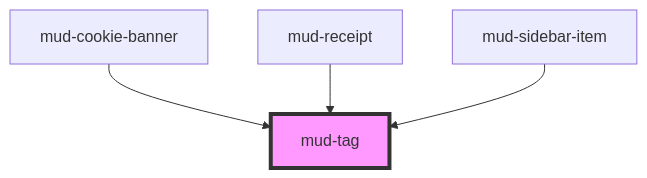
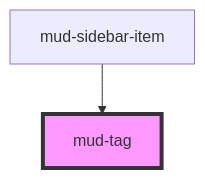
The diagram in src/components/mud-tag/readme.md (egov-moldova/design-system), drawn with Mermaid before and after one commit. The commit also changed other lines of this file and 32 other files, not shown here.

First line of the commit message:
feat!: remove mud-cookie-banner and mud-receipt

````diff
--- a/src/components/mud-tag/readme.md
+++ b/src/components/mud-tag/readme.md
@@ -67,7 +65,5 @@
 ```mermaid
 graph TD;
-  mud-cookie-banner --> mud-tag
-  mud-receipt --> mud-tag
   mud-sidebar-item --> mud-tag
   style mud-tag fill:#f9f,stroke:#333,stroke-width:4px
 ```
````
